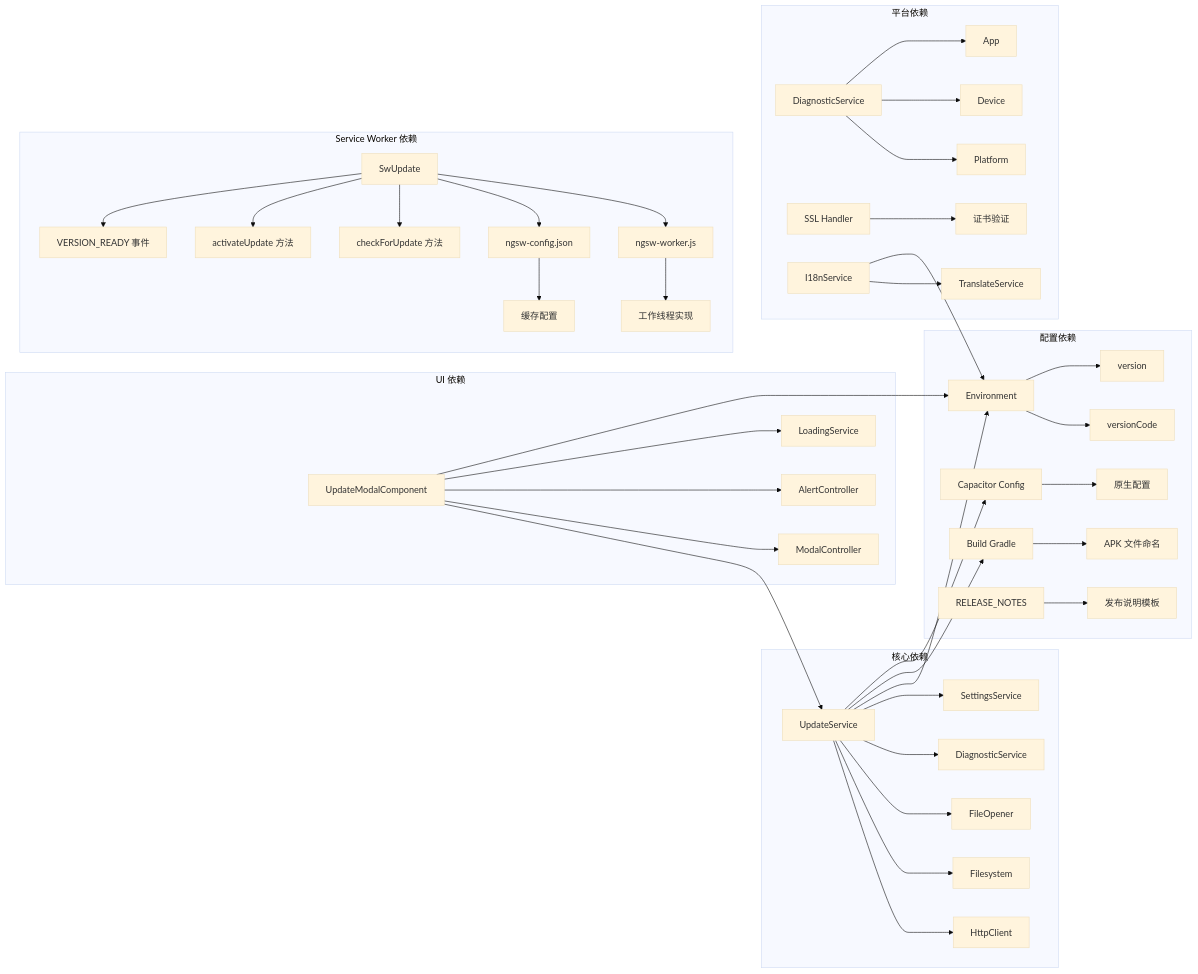
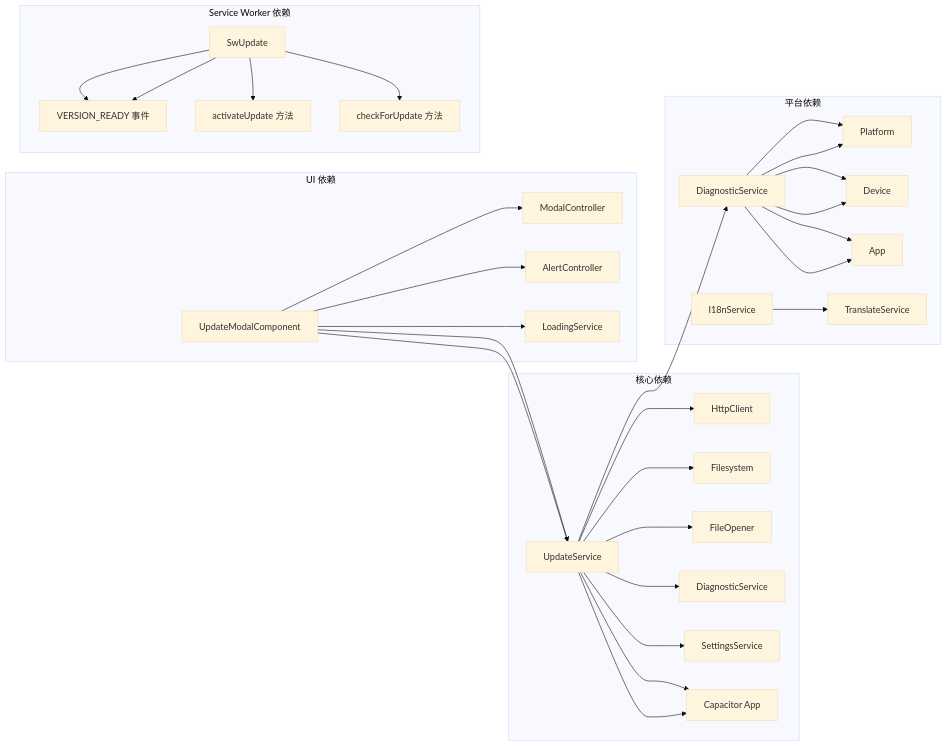
Before and after one commit to tea4go/Macro-Deck-Client-App: the ninth of 9 diagrams in .qoder/repowiki/zh/content/核心功能模块/应用程序更新系统.md, drawn with Mermaid (base theme). The commit also changed other lines of this file and 57 other files, not shown here.

````diff
--- a/.qoder/repowiki/zh/content/核心功能模块/应用程序更新系统.md
+++ b/.qoder/repowiki/zh/content/核心功能模块/应用程序更新系统.md
@@ -646,44 +468,35 @@
 ```mermaid
 graph LR
 subgraph "核心依赖"
 A[UpdateService] --> B[HttpClient]
 A --> C[Filesystem]
 A --> D[FileOpener]
 A --> E[DiagnosticService]
 A --> F[SettingsService]
+A --> G[Capacitor App]
 end
 subgraph "UI 依赖"
-G[UpdateModalComponent] --> A
-G --> H[ModalController]
-G --> I[AlertController]
-G --> J[LoadingService]
+H[UpdateModalComponent] --> A
+H --> I[ModalController]
+H --> J[AlertController]
+H --> K[LoadingService]
 end
 subgraph "平台依赖"
-K[DiagnosticService] --> L[Platform]
-K --> M[Device]
-K --> N[App]
-O[SSL Handler] --> P[证书验证]
-Q[I18nService] --> R[TranslateService]
+L[DiagnosticService] --> M[Platform]
+L --> N[Device]
+L --> O[App]
+P[I18nService] --> Q[TranslateService]
 end
 subgraph "Service Worker 依赖"
-S[SwUpdate] --> T[VERSION_READY 事件]
-S --> U[activateUpdate 方法]
-S --> V[checkForUpdate 方法]
-W[ngsw-config.json] --> X[缓存配置]
-Y[ngsw-worker.js] --> Z[工作线程实现]
+R[SwUpdate] --> S[VERSION_READY 事件]
+R --> T[activateUpdate 方法]
+R --> U[checkForUpdate 方法]
 end
-subgraph "配置依赖"
-AA[Environment] --> BB[versionCode]
-AA --> CC[version]
-DD[Build Gradle] --> EE[APK 文件命名]
-FF[Capacitor Config] --> GG[原生配置]
-HH[RELEASE_NOTES] --> II[发布说明模板]
-end
-A --> AA
-A --> DD
-A --> FF
-G --> AA
-S --> W
-S --> Y
-Q --> AA
+A --> L
+A --> G
+H --> A
+L --> M
+L --> N
+L --> O
+R --> S
 ```
````
